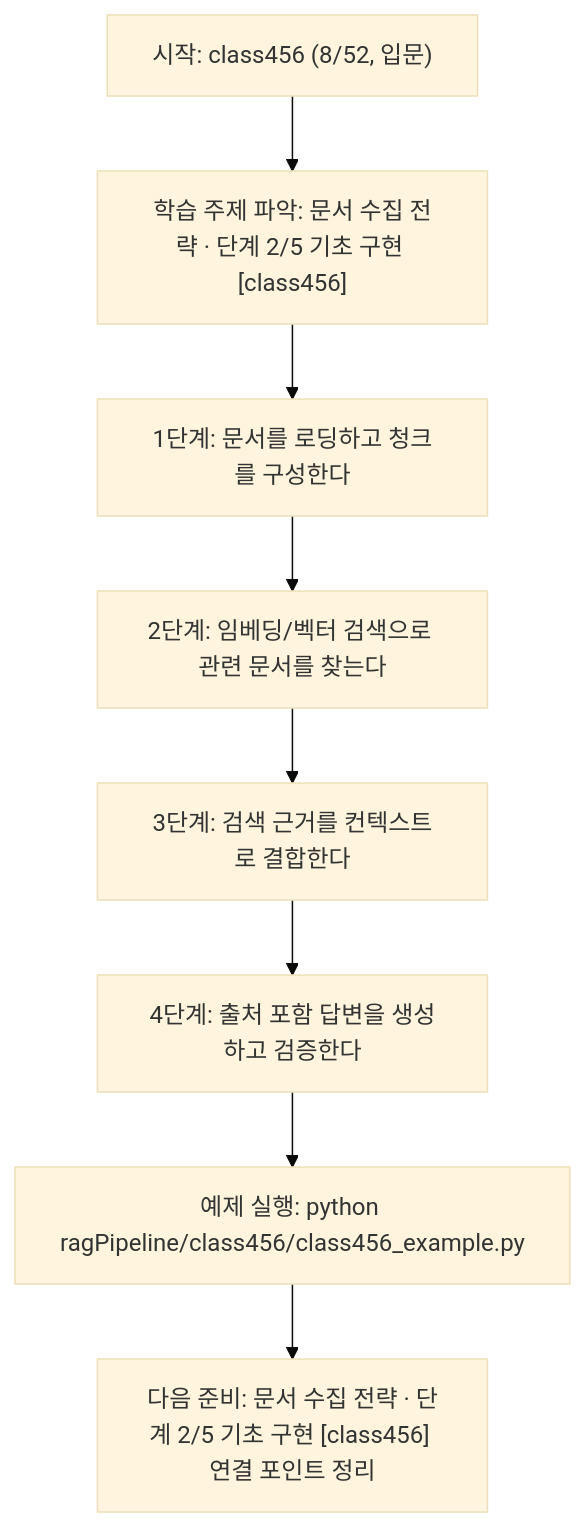
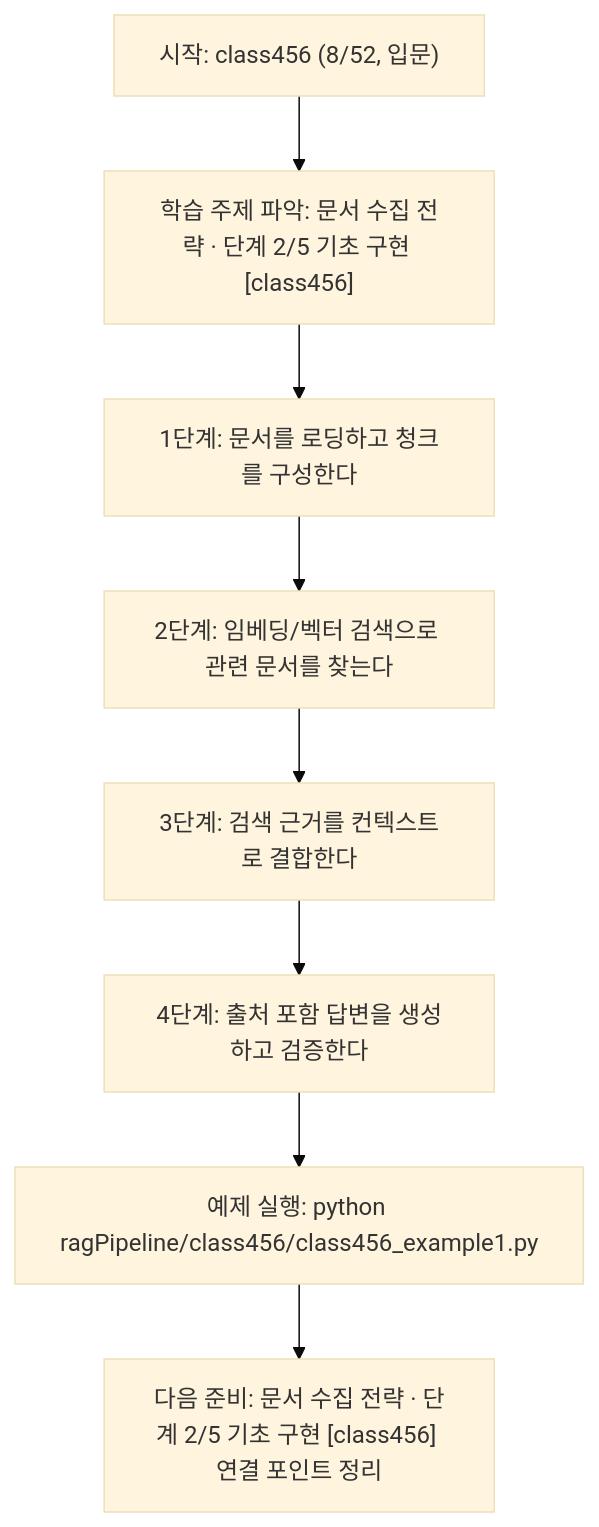
The diagram in ragPipeline/class456/class456.md (edumgt/Python-AI_Agent-Class), drawn with Mermaid (base theme) before and after one commit. The commit also changed other lines of this file and 2959 other files, not shown here.

````diff
--- a/ragPipeline/class456/class456.md
+++ b/ragPipeline/class456/class456.md
@@ -111,18 +111,18 @@
 ```mermaid
 flowchart TD
 N1["시작: class456 (8/52, 입문)"]
 N2["학습 주제 파악: 문서 수집 전략 · 단계 2/5 기초 구현 [class456]"]
 N3["1단계: 문서를 로딩하고 청크를 구성한다"]
 N4["2단계: 임베딩/벡터 검색으로 관련 문서를 찾는다"]
 N5["3단계: 검색 근거를 컨텍스트로 결합한다"]
 N6["4단계: 출처 포함 답변을 생성하고 검증한다"]
-N7["예제 실행: python ragPipeline/class456/class456_example.py"]
+N7["예제 실행: python ragPipeline/class456/class456_example1.py"]
 N8["다음 준비: 문서 수집 전략 · 단계 2/5 기초 구현 [class456] 연결 포인트 정리"]
 N1 --> N2
 N2 --> N3
 N3 --> N4
 N4 --> N5
 N5 --> N6
 N6 --> N7
 N7 --> N8
 ```
````
